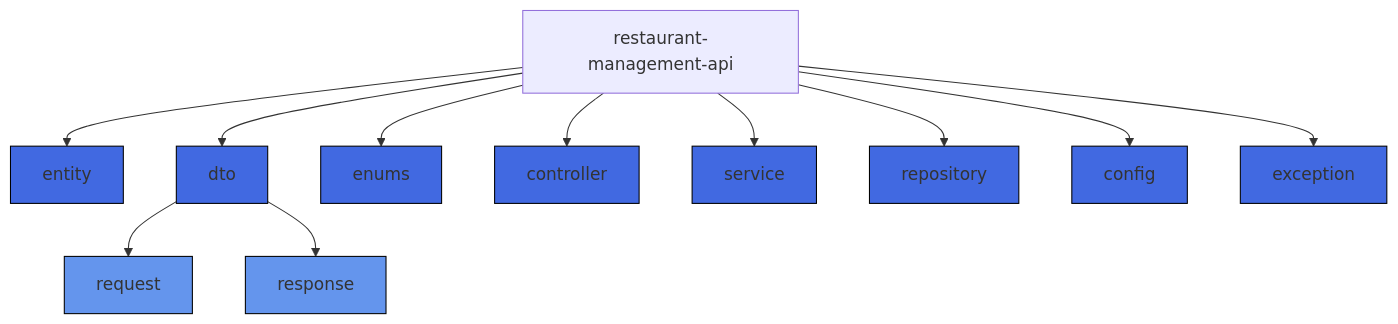
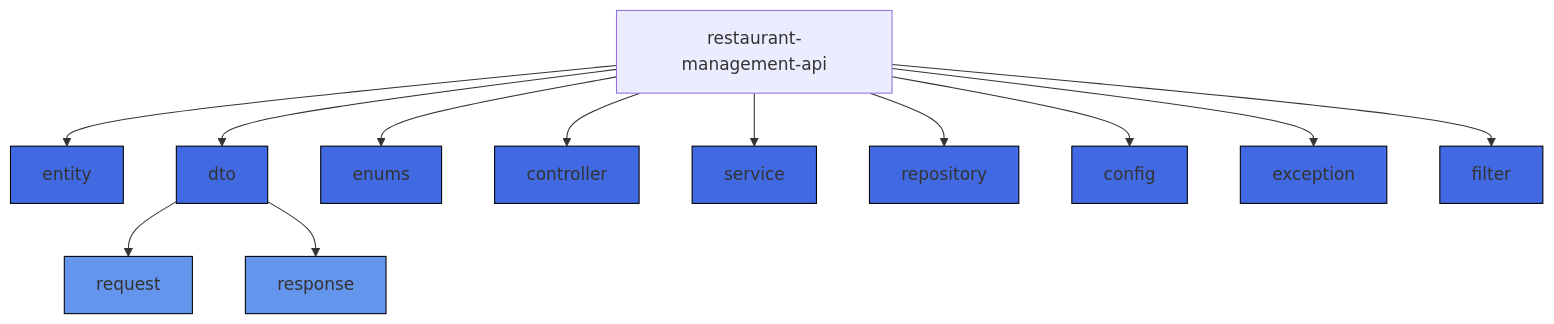
Before and after one commit to tndanjos/restaurant-management-api: the diagram in Readme.md, drawn with Mermaid. The commit also changed other lines of this file and 9 other files, not shown here.

````diff
--- a/Readme.md
+++ b/Readme.md
@@ -21,27 +23,29 @@
 ```mermaid
 graph TD
     A[restaurant-management-api] --> B[entity]
     A --> C[dto]
     C --> D[request]
     C --> E[response]
     A --> F[enums]
     A --> G[controller]
     A --> H[service]
     A --> I[repository]
     A --> J[config]
     A --> K[exception]
+    A --> L[filter]
 
     B:::package
     C:::package
     D:::subPackage
     E:::subPackage
     F:::package
     G:::package
     H:::package
     I:::package
     J:::package
     K:::package
+    L:::package
 
 classDef package fill:#4169E1,stroke:#000,stroke-width:1px;
 classDef subPackage fill:#6495ED,stroke:#000,stroke-width:1px;
 ```
````
